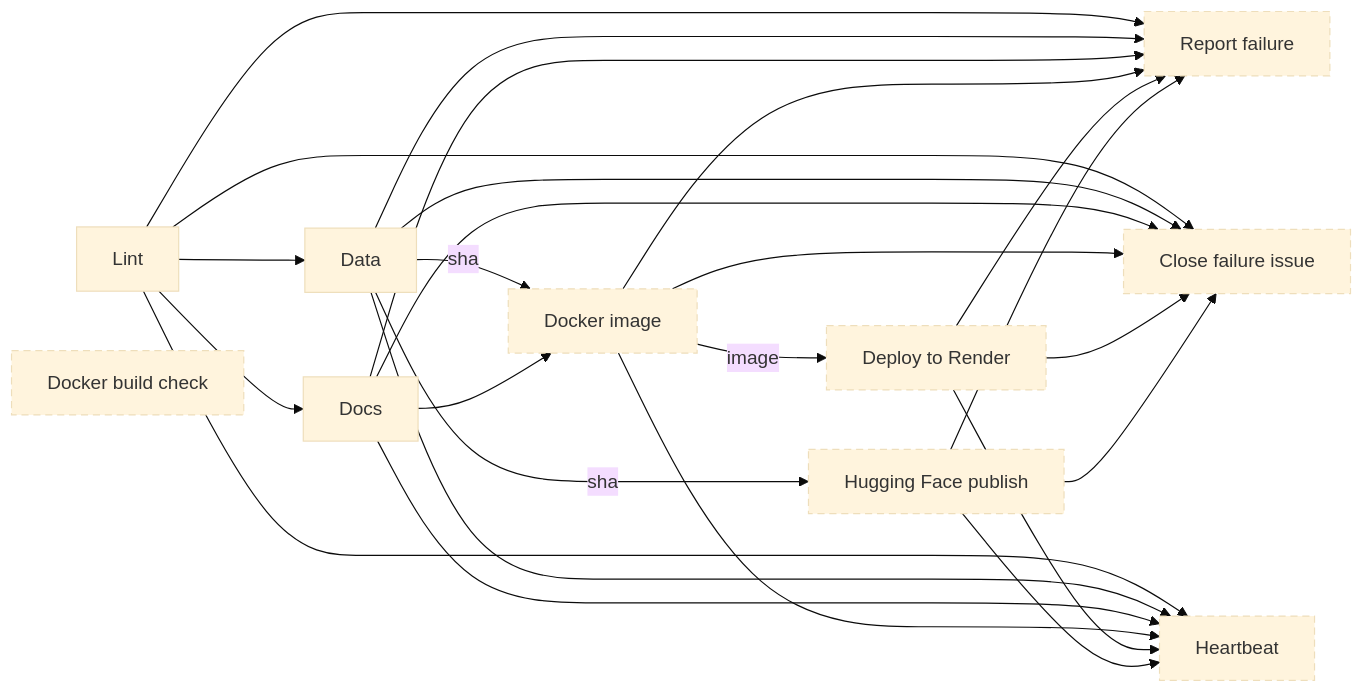
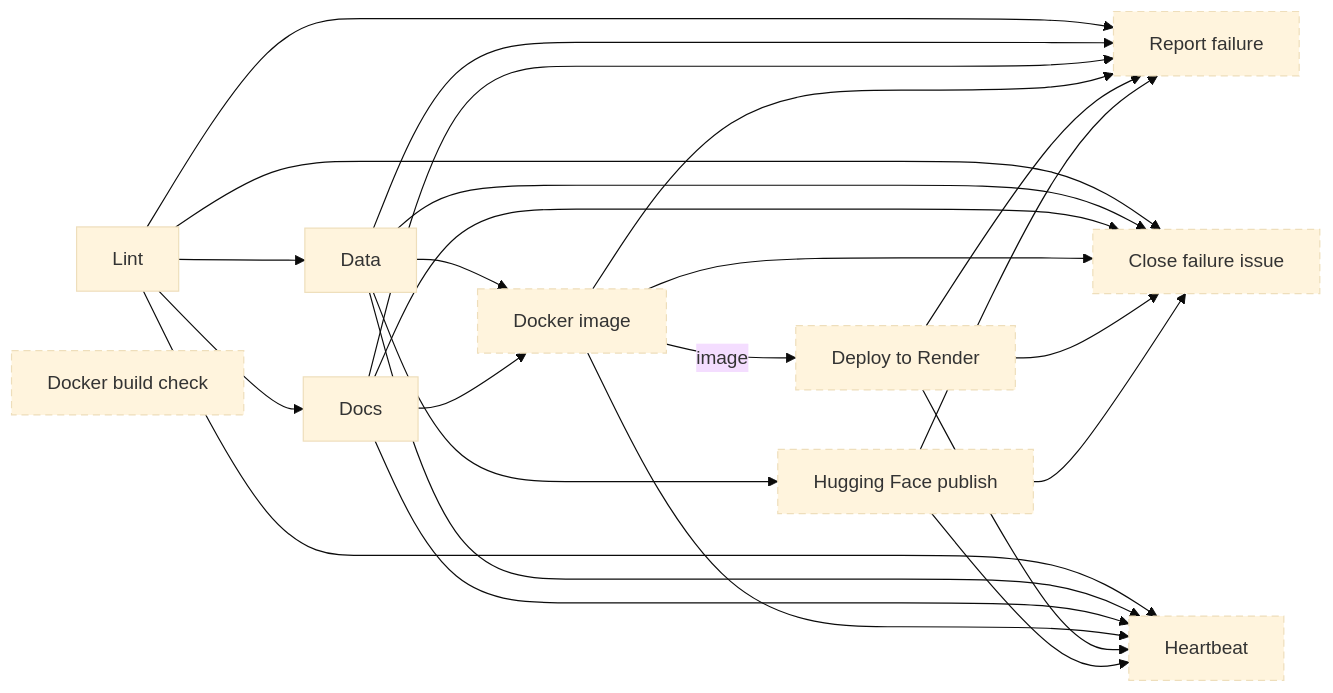
One commit to tryph0n/hybrid-tracker changed the second of 3 diagrams in docs/architecture.md. Above: the diagram before and after it, drawn with Mermaid (base theme). The commit also changed other lines of this file and 19 other files, not shown here.

````diff
--- a/docs/architecture.md
+++ b/docs/architecture.md
@@ -58,38 +58,38 @@
 ```mermaid
 flowchart LR
   classDef conditional stroke-dasharray: 6 4
   job_lint["Lint"]
   job_data["Data"]
   job_docs["Docs"]
   job_image_check["Docker build check"]:::conditional
   job_image["Docker image"]:::conditional
   job_deploy["Deploy to Render"]:::conditional
   job_publish["Hugging Face publish"]:::conditional
   job_report_failure["Report failure"]:::conditional
   job_close_failure["Close failure issue"]:::conditional
   job_heartbeat["Heartbeat"]:::conditional
   job_lint --> job_data
   job_lint --> job_docs
-  job_data -->|sha| job_image
+  job_data --> job_image
   job_docs --> job_image
   job_image -->|image| job_deploy
-  job_data -->|sha| job_publish
+  job_data --> job_publish
   job_lint --> job_report_failure
   job_data --> job_report_failure
   job_docs --> job_report_failure
   job_image --> job_report_failure
   job_deploy --> job_report_failure
   job_publish --> job_report_failure
   job_lint --> job_close_failure
   job_data --> job_close_failure
   job_docs --> job_close_failure
   job_image --> job_close_failure
   job_deploy --> job_close_failure
   job_publish --> job_close_failure
   job_lint --> job_heartbeat
   job_data --> job_heartbeat
   job_docs --> job_heartbeat
   job_image --> job_heartbeat
   job_deploy --> job_heartbeat
   job_publish --> job_heartbeat
 ```
````
